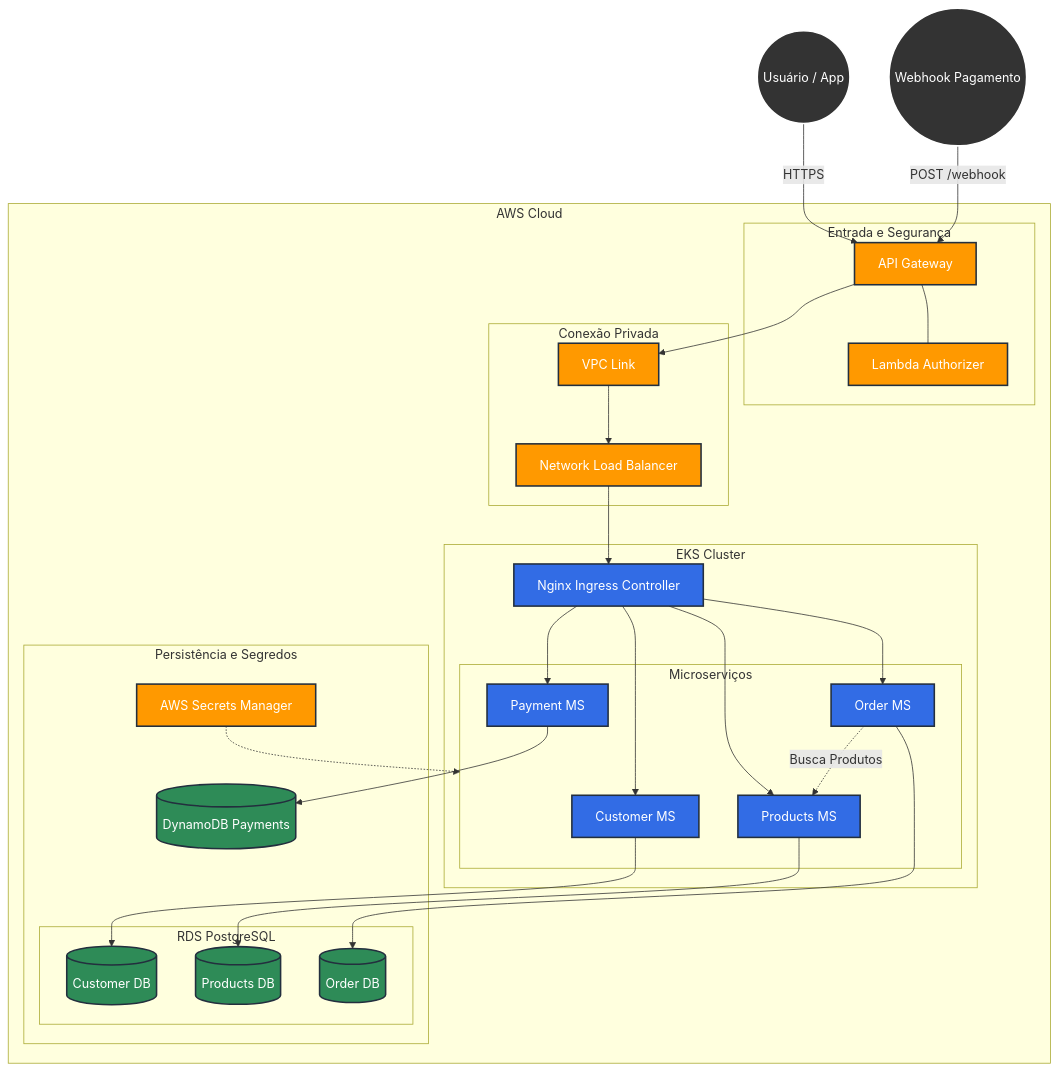
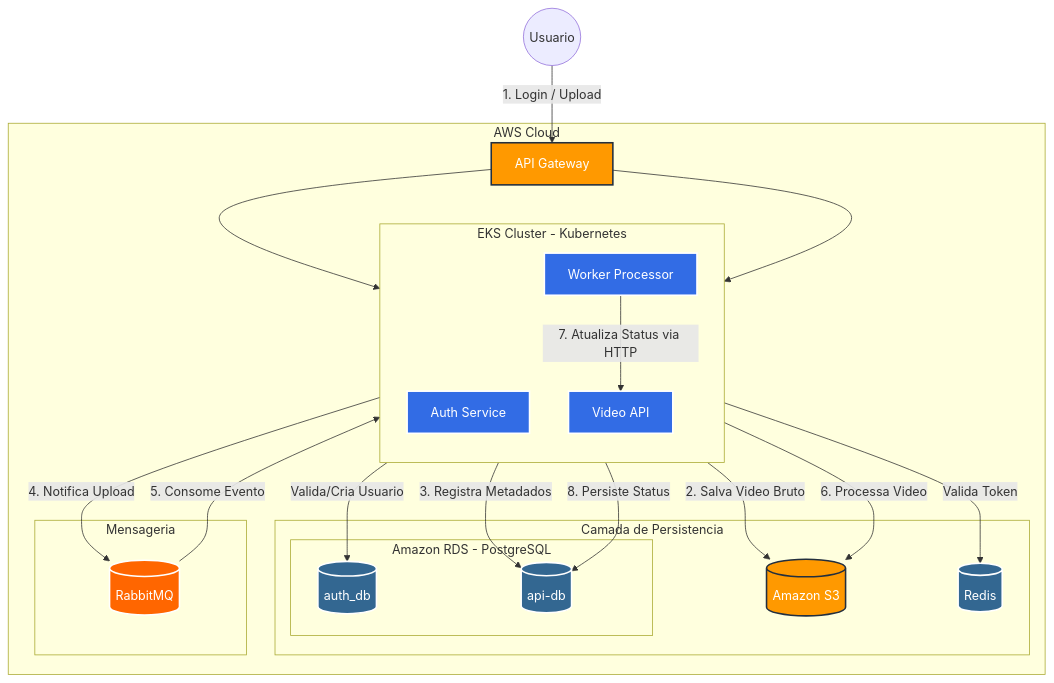
The diagram in README.md (hackathom-fiap/fiapx-infra-postgres), drawn with Mermaid before and after one commit. The commit also changed other lines of this file and 2 other files, not shown here.

````diff
--- a/README.md
+++ b/README.md
@@ -90,75 +71,53 @@
 ```mermaid
 graph TD
-    %% Definição de Estilos
+    %% Definicao de Estilos
+    classDef client fill:#f9f9f9,stroke:#333,stroke-width:2px;
     classDef aws fill:#FF9900,stroke:#232F3E,stroke-width:2px,color:white;
-    classDef k8s fill:#326CE5,stroke:#232F3E,stroke-width:2px,color:white;
-    classDef db fill:#2E8B57,stroke:#232F3E,stroke-width:2px,color:white;
-    classDef ext fill:#333,stroke:#fff,stroke-width:2px,color:white;
+    classDef k8s fill:#326ce5,stroke:#fff,stroke-width:2px,color:white;
+    classDef db fill:#336791,stroke:#fff,stroke-width:2px,color:white;
+    classDef queue fill:#FF6600,stroke:#fff,stroke-width:2px,color:white;
 
-    %% Atores Externos
-    User((Usuário / App)):::ext
-    WebHook((Webhook Pagamento)):::ext
+    %% Atores
+    User((Usuario))
 
     subgraph AWS [AWS Cloud]
         
-        %% Camada de Entrada
-        subgraph Edge [Entrada e Segurança]
-            Auth[Lambda Authorizer]:::aws
-            APIGW[API Gateway]:::aws
+        Gateway[API Gateway]:::aws
+        
+        subgraph EKS [EKS Cluster - Kubernetes]
+            direction TB
+            Auth[Auth Service]:::k8s
+            API[Video API]:::k8s
+            Worker[Worker Processor]:::k8s
         end
 
-        %% Camada de Rede
-        subgraph Network [Conexão Privada]
-            VPCLink[VPC Link]:::aws
-            NLB[Network Load Balancer]:::aws
+        subgraph Storage [Camada de Persistencia]
+            S3[(Amazon S3)]:::aws
+            subgraph RDS [Amazon RDS - PostgreSQL]
+                DB_A[(auth_db)]:::db
+                DB_API[(api-db)]:::db
+            end
+            Redis[(Redis)]:::db
         end
 
-        %% Cluster Kubernetes
-        subgraph EKS [EKS Cluster]
-            Ingress[Nginx Ingress Controller]:::k8s
-            
-            subgraph Apps [Microserviços]
-                Customer[Customer MS]:::k8s
-                Product[Products MS]:::k8s
-                Order[Order MS]:::k8s
-                Payment[Payment MS]:::k8s
-            end
-        end
-
-        %% Camada de Dados
-        subgraph Data [Persistência e Segredos]
-            subgraph RDS [RDS PostgreSQL]
-                DB_C[(Customer DB)]:::db
-                DB_P[(Products DB)]:::db
-                DB_O[(Order DB)]:::db
-            end
-            
-            Dynamo[(DynamoDB Payments)]:::db
-            Secrets[AWS Secrets Manager]:::aws
+        subgraph Messaging [Mensageria]
+            MQ[(RabbitMQ)]:::queue
         end
     end
 
-    %% --- Fluxos de Conexão ---
+    %% Fluxos
+    User -->|1. Login / Upload| Gateway
+    Gateway --> Auth
+    Gateway --> API
 
-    User -->|HTTPS| APIGW
-    WebHook -->|POST /webhook| APIGW
+    Auth -->|Valida Token| Redis
+    Auth -->|Valida/Cria Usuario| DB_A
+    API -->|2. Salva Video Bruto| S3
+    API -->|3. Registra Metadados| DB_API
+    API -->|4. Notifica Upload| MQ
 
-    APIGW --- Auth
-    APIGW --> VPCLink
-    VPCLink --> NLB
-    NLB --> Ingress
-
-    Ingress --> Customer
-    Ingress --> Product
-    Ingress --> Order
-    Ingress --> Payment
-
-    Order -.->|Busca Produtos| Product
-
-    Customer --> DB_C
-    Product --> DB_P
-    Order --> DB_O
-    Payment --> Dynamo
-
-    Secrets -.-> Apps
+    MQ -->|5. Consome Evento| Worker
+    Worker -->|6. Processa Video| S3
+    Worker -->|7. Atualiza Status via HTTP| API
+    API -->|8. Persiste Status| DB_API
 ```
````
